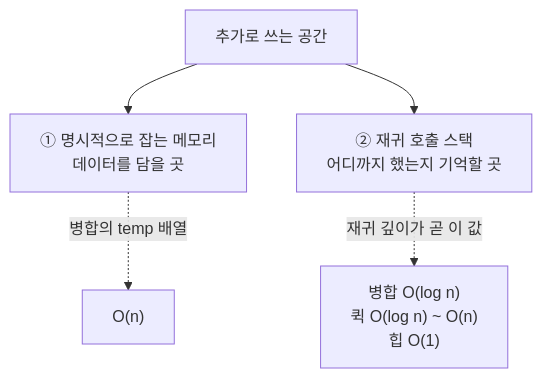
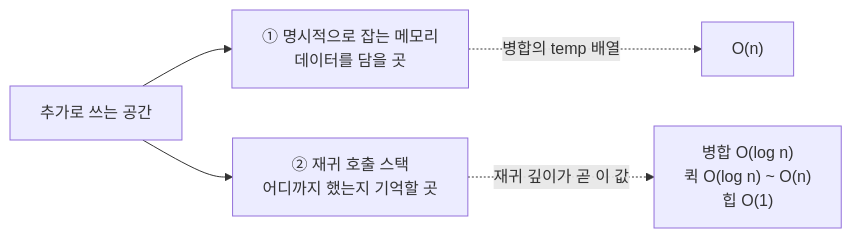
The tenth of 10 diagrams in report/REPORT.md (SungHyuk108/Advanced_algorithm_SungHyukKim_Comparing_Sorting), drawn with Mermaid before and after one commit. The commit also changed other lines of this file and 1 other file, not shown here.

First line of the commit message:
Lay the diagrams out for print and add the report PDF

````diff
--- a/report/REPORT.md
+++ b/report/REPORT.md
@@ -537,7 +537,7 @@
 ```mermaid
-flowchart TD
+flowchart LR
     A["추가로 쓰는 공간"] --> B["① 명시적으로 잡는 메모리<br/>데이터를 담을 곳"]
     A --> C["② 재귀 호출 스택<br/>어디까지 했는지 기억할 곳"]
     B -.->|"병합의 temp 배열"| D["O(n)"]
     C -.->|"재귀 깊이가 곧 이 값"| E["병합 O(log n)<br/>퀵 O(log n) ~ O(n)<br/>힙 O(1)"]
 ```
````
